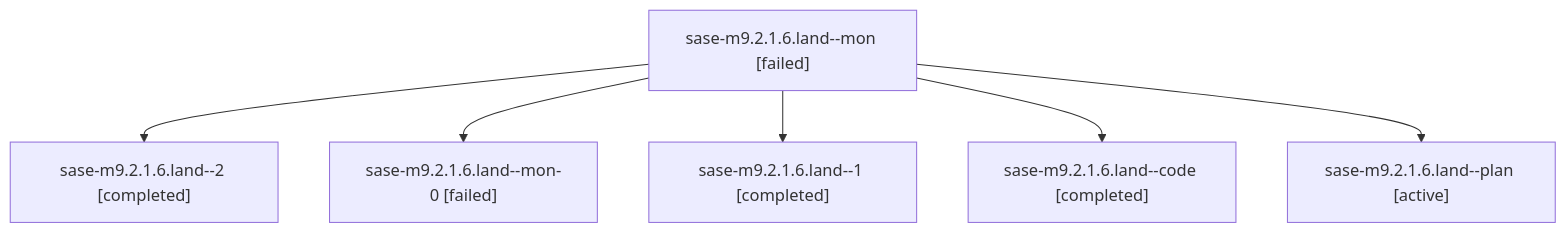
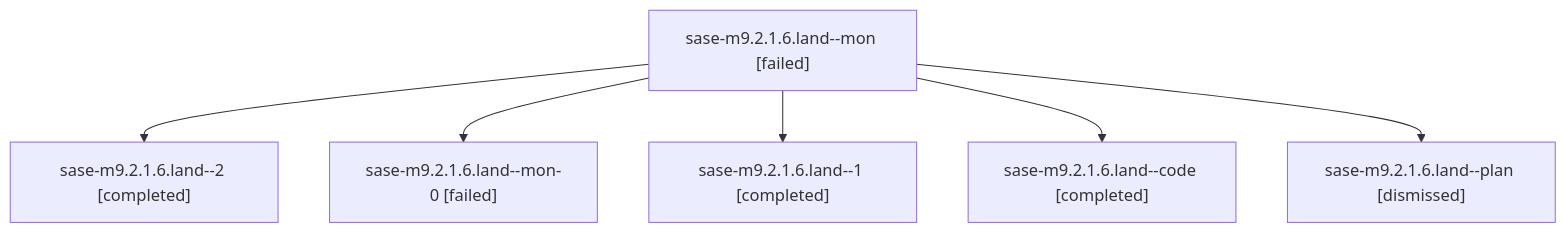
The diagram in sessions/bbugyi200.athena.sase-m9.2.1.6.land.md (sase-org/sase--agents), drawn with Mermaid before and after one commit. The commit also changed other lines of this file and 218 other files, not shown here.

````diff
--- a/sessions/bbugyi200.athena.sase-m9.2.1.6.land.md
+++ b/sessions/bbugyi200.athena.sase-m9.2.1.6.land.md
@@ -9,14 +9,14 @@
 ```mermaid
 flowchart TD
   n0["sase-m9.2.1.6.land--mon [failed]"]
   n1["sase-m9.2.1.6.land--2 [completed]"]
   n0 --> n1
   n2["sase-m9.2.1.6.land--mon-0 [failed]"]
   n0 --> n2
   n3["sase-m9.2.1.6.land--1 [completed]"]
   n0 --> n3
   n4["sase-m9.2.1.6.land--code [completed]"]
   n0 --> n4
-  n5["sase-m9.2.1.6.land--plan [active]"]
+  n5["sase-m9.2.1.6.land--plan [dismissed]"]
   n0 --> n5
 ```
````
